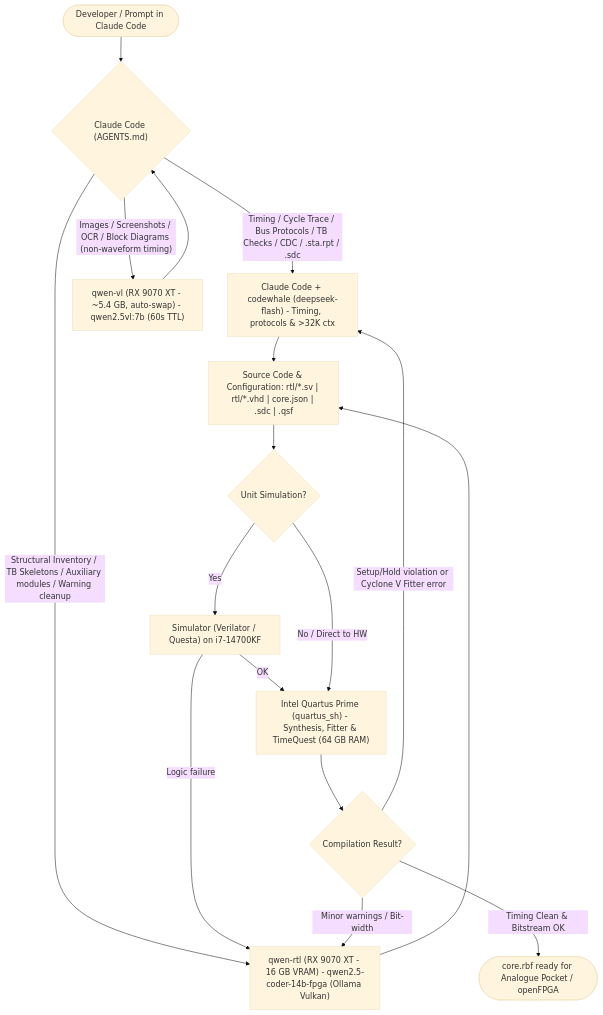
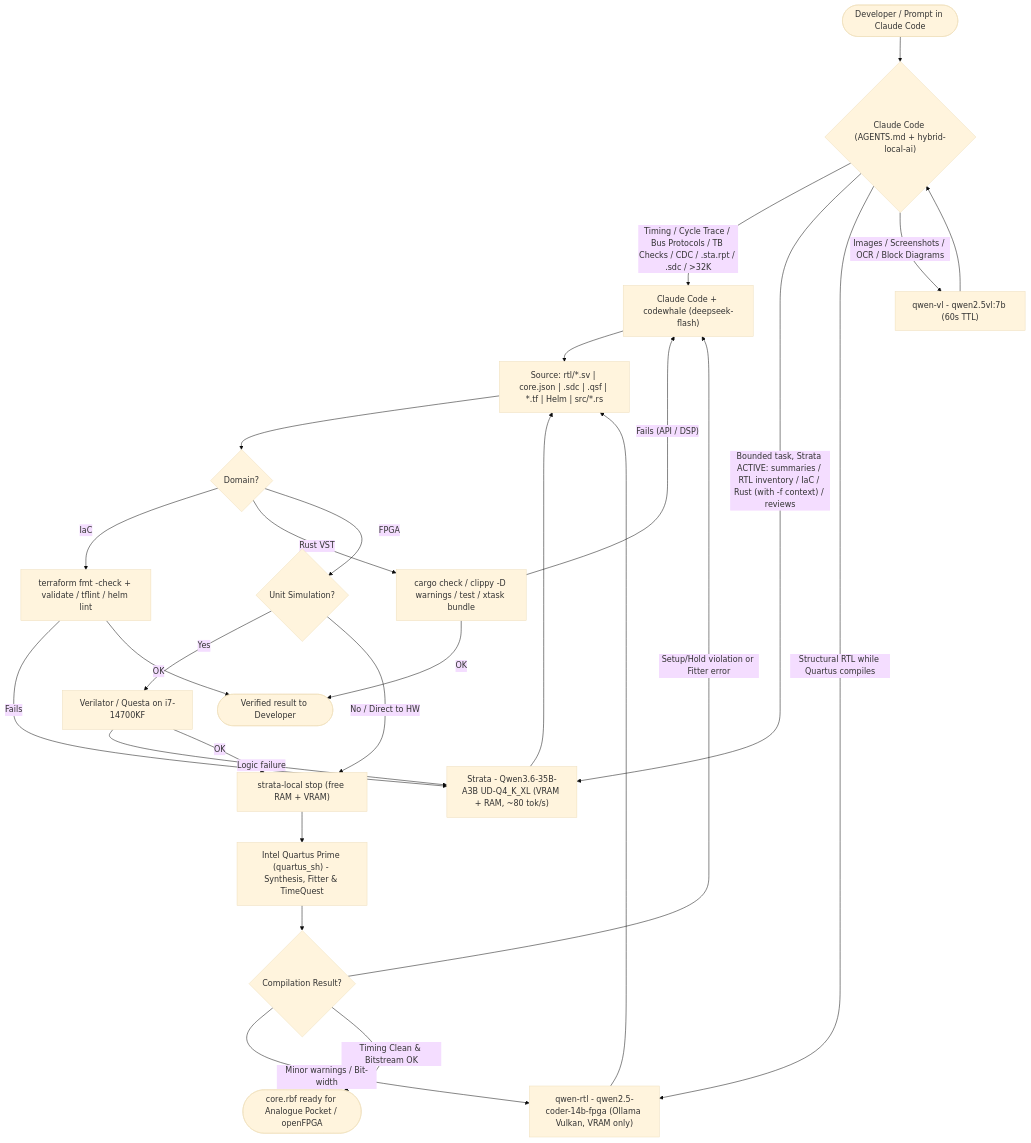
The third of 3 diagrams in docs/ai-fpga-workflow.md (DanimanX/9070FpgaIAWorkflow), drawn with Mermaid (base theme) before and after one commit. The commit also changed other lines of this file and 1 other file, not shown here.

Commit message:
docs: add Strata, IaC and Rust VST flows to workflow diagrams

````diff
--- a/docs/ai-fpga-workflow.md
+++ b/docs/ai-fpga-workflow.md
@@ -99,29 +106,34 @@
 ```mermaid
 flowchart TD
-    Dev(["Developer / Prompt in Claude Code"]) --> Claude{"Claude Code (AGENTS.md)"}
+    Dev(["Developer / Prompt in Claude Code"]) --> Claude{"Claude Code (AGENTS.md + hybrid-local-ai)"}
 
-    %% Cloud / Architect Branch
-    Claude -->|"Timing / Cycle Trace / Bus Protocols / TB Checks / CDC / .sta.rpt / .sdc"| Arch["Claude Code + codewhale (deepseek-flash) - Timing, protocols & >32K ctx"]
-
-    %% Local Branches
-    Claude -->|"Structural Inventory / TB Skeletons / Auxiliary modules / Warning cleanup"| Local["qwen-rtl (RX 9070 XT - 16 GB VRAM) - qwen2.5-coder-14b-fpga (Ollama Vulkan)"]
-    Claude -->|"Images / Screenshots / OCR / Block Diagrams (non-waveform timing)"| LocalVL["qwen-vl (RX 9070 XT - ~5.4 GB, auto-swap) - qwen2.5vl:7b (60s TTL)"]
+    Claude -->|"Timing / Cycle Trace / Bus Protocols / TB Checks / CDC / .sta.rpt / .sdc / >32K"| Arch["Claude Code + codewhale (deepseek-flash)"]
+    Claude -->|"Bounded task, Strata ACTIVE: summaries / RTL inventory / IaC / Rust (with -f context) / reviews"| Strata["Strata - Qwen3.6-35B-A3B UD-Q4_K_XL (VRAM + RAM, ~80 tok/s)"]
+    Claude -->|"Structural RTL while Quartus compiles"| Local["qwen-rtl - qwen2.5-coder-14b-fpga (Ollama Vulkan, VRAM only)"]
+    Claude -->|"Images / Screenshots / OCR / Block Diagrams"| LocalVL["qwen-vl - qwen2.5vl:7b (60s TTL)"]
     LocalVL --> Claude
 
-    %% Convergence in code
-    Arch --> RTL["Source Code & Configuration: rtl/*.sv | rtl/*.vhd | core.json | .sdc | .qsf"]
-    Local --> RTL
+    Arch --> Code["Source: rtl/*.sv | core.json | .sdc | .qsf | *.tf | Helm | src/*.rs"]
+    Strata --> Code
+    Local --> Code
 
-    %% Verification & Synthesis Flow
-    RTL --> Sim{"Unit Simulation?"}
-    Sim -->|"Yes"| Verilator["Simulator (Verilator / Questa) on i7-14700KF"]
-    Verilator -->|"Logic failure"| Local
-    Verilator -->|"OK"| Quartus
+    Code --> Domain{"Domain?"}
+    Domain -->|"IaC"| TF["terraform fmt -check + validate / tflint / helm lint"]
+    Domain -->|"Rust VST"| Cargo["cargo check / clippy -D warnings / test / xtask bundle"]
+    TF -->|"Fails"| Strata
+    Cargo -->|"Fails (API / DSP)"| Arch
+    TF -->|"OK"| Done(["Verified result to Developer"])
+    Cargo -->|"OK"| Done
 
-    Sim -->|"No / Direct to HW"| Quartus["Intel Quartus Prime (quartus_sh) - Synthesis, Fitter & TimeQuest (64 GB RAM)"]
+    Domain -->|"FPGA"| Sim{"Unit Simulation?"}
+    Sim -->|"Yes"| Verilator["Verilator / Questa on i7-14700KF"]
+    Verilator -->|"Logic failure"| Strata
+    Verilator -->|"OK"| Stop["strata-local stop (free RAM + VRAM)"]
+    Sim -->|"No / Direct to HW"| Stop
+    Stop --> Quartus["Intel Quartus Prime (quartus_sh) - Synthesis, Fitter & TimeQuest"]
 
     Quartus --> Check{"Compilation Result?"}
     Check -->|"Minor warnings / Bit-width"| Local
-    Check -->|"Setup/Hold violation or Cyclone V Fitter error"| Arch
+    Check -->|"Setup/Hold violation or Fitter error"| Arch
     Check -->|"Timing Clean & Bitstream OK"| Bitstream(["core.rbf ready for Analogue Pocket / openFPGA"])
 ```
````
